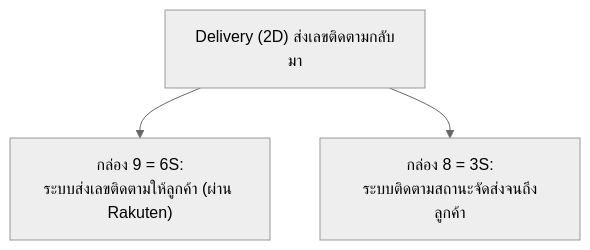
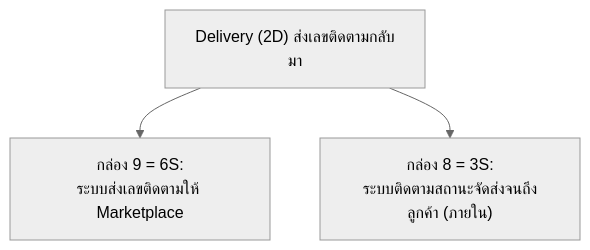
One commit to xbpkdi/321-sa-proj changed the fourth of 4 diagrams in 02-chapter2-business-process/00-how-to-fix-simple.md. Above: the diagram before and after it, drawn with Mermaid (neutral theme). The commit also changed other lines of this file, not shown here.

First line of the commit message:
fix: correct 6S recipient from customer to Marketplace

````diff
--- a/02-chapter2-business-process/00-how-to-fix-simple.md
+++ b/02-chapter2-business-process/00-how-to-fix-simple.md
@@ -146,5 +146,5 @@
 ```mermaid
 graph TD
-  D2["Delivery (2D) ส่งเลขติดตามกลับมา"] --> P9["กล่อง 9 = 6S:<br/>ระบบส่งเลขติดตามให้ลูกค้า (ผ่าน Rakuten)"]
-  D2 --> P8["กล่อง 8 = 3S:<br/>ระบบติดตามสถานะจัดส่งจนถึงลูกค้า"]
+  D2["Delivery (2D) ส่งเลขติดตามกลับมา"] --> P9["กล่อง 9 = 6S:<br/>ระบบส่งเลขติดตามให้ Marketplace"]
+  D2 --> P8["กล่อง 8 = 3S:<br/>ระบบติดตามสถานะจัดส่งจนถึงลูกค้า (ภายใน)"]
 ```
````
